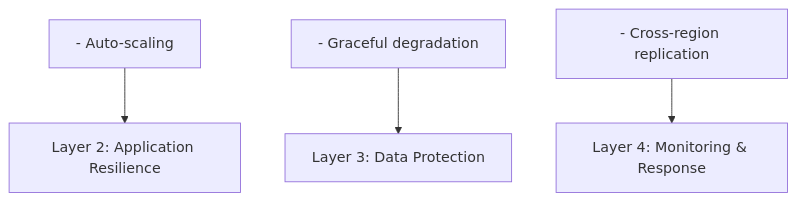
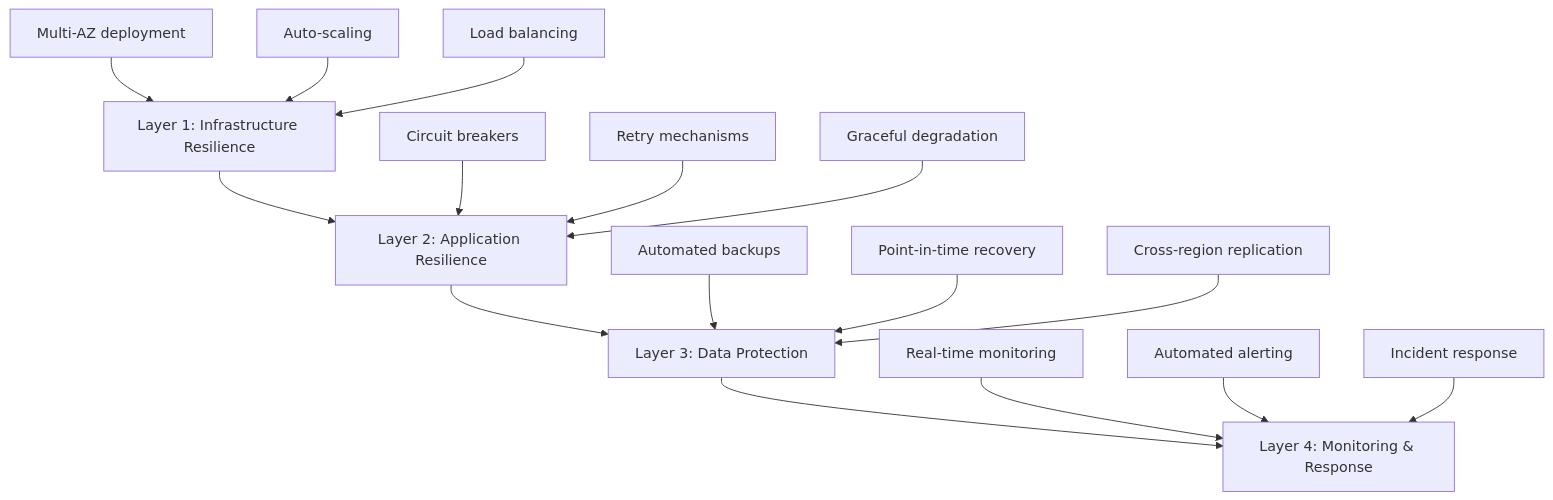
One commit to humank/genai-demo changed the diagram in docs/perspectives/availability/overview.md. Above: the diagram before and after it, drawn with Mermaid. The commit also changed other lines of this file and 1 other file, not shown here.

````diff
--- a/docs/perspectives/availability/overview.md
+++ b/docs/perspectives/availability/overview.md
@@ -70,12 +70,22 @@
 ```mermaid
 graph TD
-    N4["- Auto-scaling"]
-    N5["Layer 2: Application Resilience"]
-    N4 --> N5
-    N8["- Graceful degradation"]
-    N9["Layer 3: Data Protection"]
-    N8 --> N9
-    N12["- Cross-region replication"]
-    N13["Layer 4: Monitoring & Response"]
-    N12 --> N13
+    A[Layer 1: Infrastructure Resilience] --> B[Layer 2: Application Resilience]
+    B --> C[Layer 3: Data Protection]
+    C --> D[Layer 4: Monitoring & Response]
+    
+    A1[Multi-AZ deployment] --> A
+    A2[Auto-scaling] --> A
+    A3[Load balancing] --> A
+    
+    B1[Circuit breakers] --> B
+    B2[Retry mechanisms] --> B
+    B3[Graceful degradation] --> B
+    
+    C1[Automated backups] --> C
+    C2[Point-in-time recovery] --> C
+    C3[Cross-region replication] --> C
+    
+    D1[Real-time monitoring] --> D
+    D2[Automated alerting] --> D
+    D3[Incident response] --> D
 ```
````
